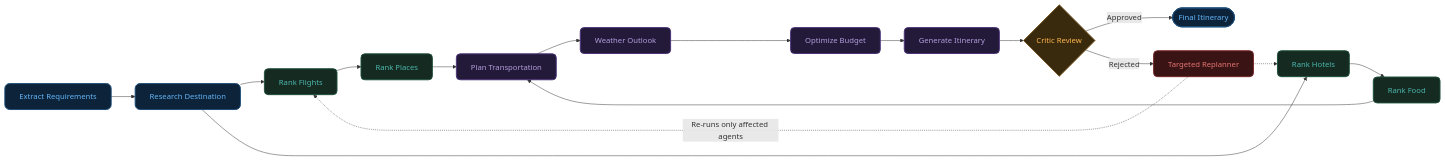
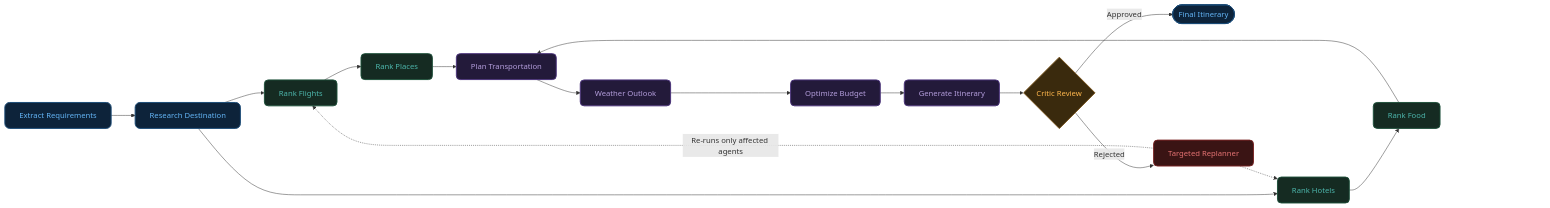
The diagram in README.md (akarshjain05/trip-planner), drawn with Mermaid before and after one commit.

Commit message:
docs: add invisible spacer nodes to mermaid diagram to prevent github controls from obscuring the graph

````diff
--- a/README.md
+++ b/README.md
@@ -29,32 +29,43 @@
 ```mermaid
 graph LR
     classDef default fill:#1a1a2e,stroke:#2b2b40,stroke-width:1px,color:#a5a5b4
     classDef startNode fill:#0d233a,stroke:#1a4b77,stroke-width:2px,color:#64b5f6,rx:10,ry:10
     classDef parallelNode fill:#152b22,stroke:#1e503a,stroke-width:2px,color:#4db6ac,rx:8,ry:8
     classDef assembleNode fill:#231a3a,stroke:#4a327a,stroke-width:2px,color:#b39ddb,rx:8,ry:8
     classDef criticNode fill:#3a2a0d,stroke:#77521a,stroke-width:2px,color:#ffb74d,rx:15,ry:15
     classDef errorNode fill:#3a1414,stroke:#7a2424,stroke-width:2px,color:#e57373,rx:8,ry:8
     
     req[Extract Requirements]:::startNode --> dest[Research Destination]:::startNode
     
     dest --> flights[Rank Flights]:::parallelNode
     dest --> hotels[Rank Hotels]:::parallelNode
     
     flights --> places[Rank Places]:::parallelNode
     hotels --> food[Rank Food]:::parallelNode
     
     places --> trans[Plan Transportation]:::assembleNode
     food --> trans
     
     trans --> weather[Weather Outlook]:::assembleNode
     weather --> budget[Optimize Budget]:::assembleNode
     budget --> itin[Generate Itinerary]:::assembleNode
     
     itin --> critic{Critic Review}:::criticNode
     
     critic -->|Approved| done([Final Itinerary]):::startNode
     critic -->|Rejected| replan[Targeted Replanner]:::errorNode
     
     replan -.->|Re-runs only affected agents| flights
     replan -.-> hotels
+    
+    %% Invisible spacer nodes to force the GitHub controls down
+    spacer1[ ]:::spacerNode
+    spacer2[ ]:::spacerNode
+    spacer3[ ]:::spacerNode
+    
+    food ~~~ spacer1
+    replan ~~~ spacer2
+    spacer1 ~~~ spacer3
+    
+    classDef spacerNode fill:none,stroke:none,color:transparent
 ```
````
